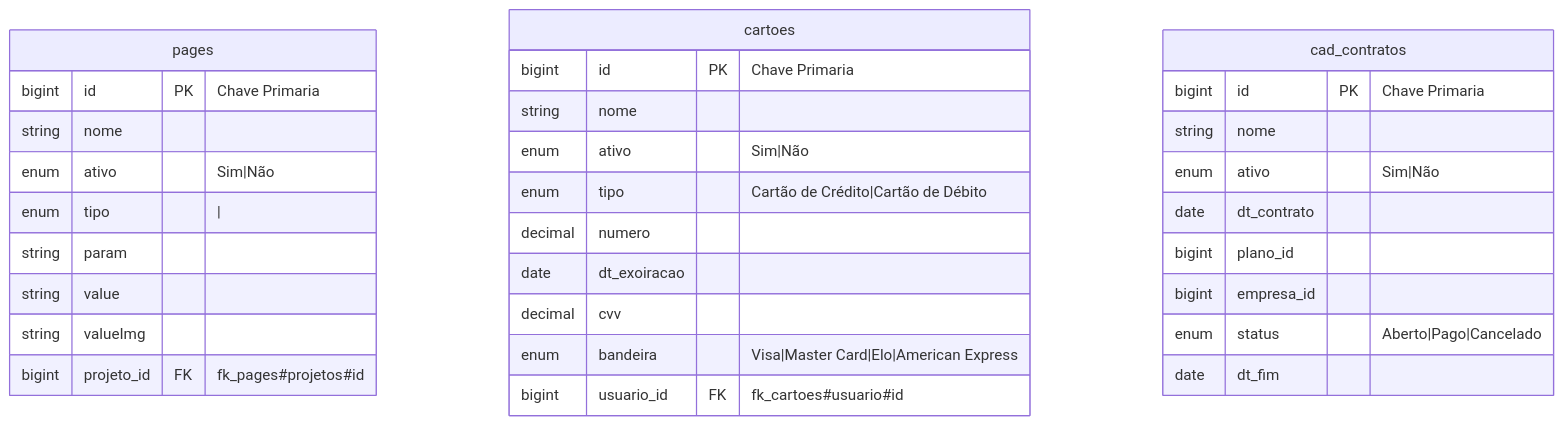
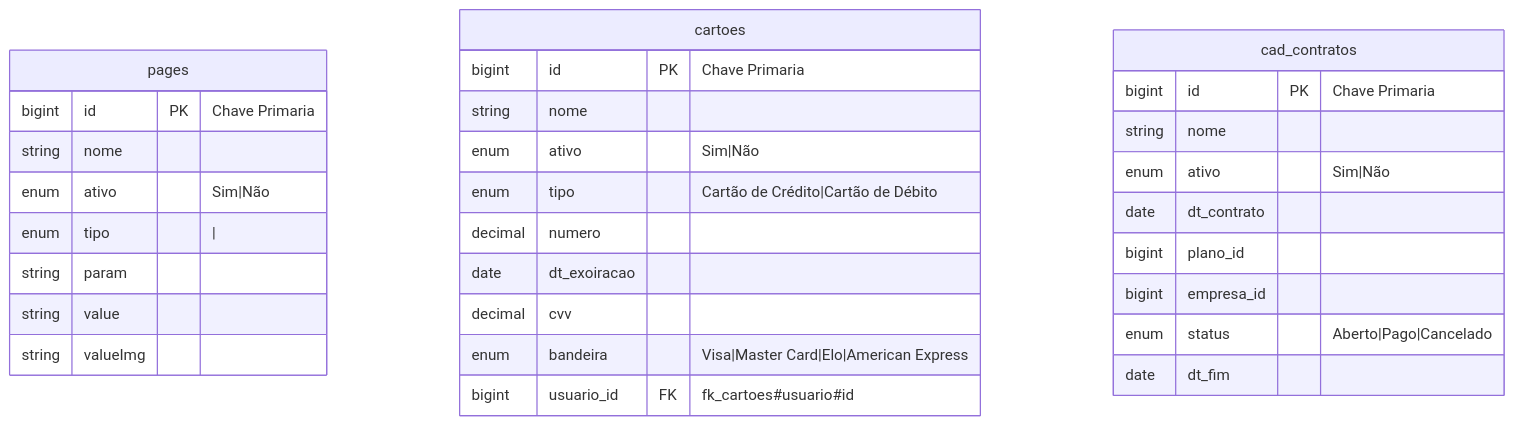
One commit to o-novo-dev/projeto-sistema changed the seventh of 8 diagrams in doc/modulo/laboratório.md. Above: the diagram before and after it, drawn with Mermaid. The commit also changed other lines of this file and 30 other files, not shown here.

````diff
--- a/doc/modulo/laboratório.md
+++ b/doc/modulo/laboratório.md
@@ -152,34 +125,33 @@
 ```mermaid
 erDiagram
   pages {
     bigint id PK "Chave Primaria"
     string nome
     enum ativo "Sim|Não"
     enum tipo "|"
     string param
     string value
     string valueImg
-    bigint projeto_id FK "fk_pages#projetos#id"
   }
   cartoes {
     bigint id PK "Chave Primaria"
     string nome
     enum ativo "Sim|Não"
     enum tipo "Cartão de Crédito|Cartão de Débito"
     decimal numero
     date dt_exoiracao
     decimal cvv
     enum bandeira "Visa|Master Card|Elo|American Express"
     bigint usuario_id FK "fk_cartoes#usuario#id"    
   }
   cad_contratos {
     bigint id PK "Chave Primaria"
     string nome
     enum ativo "Sim|Não"
     date dt_contrato
     bigint plano_id
     bigint empresa_id
     enum status "Aberto|Pago|Cancelado"
     date dt_fim
   }
 ```
````
